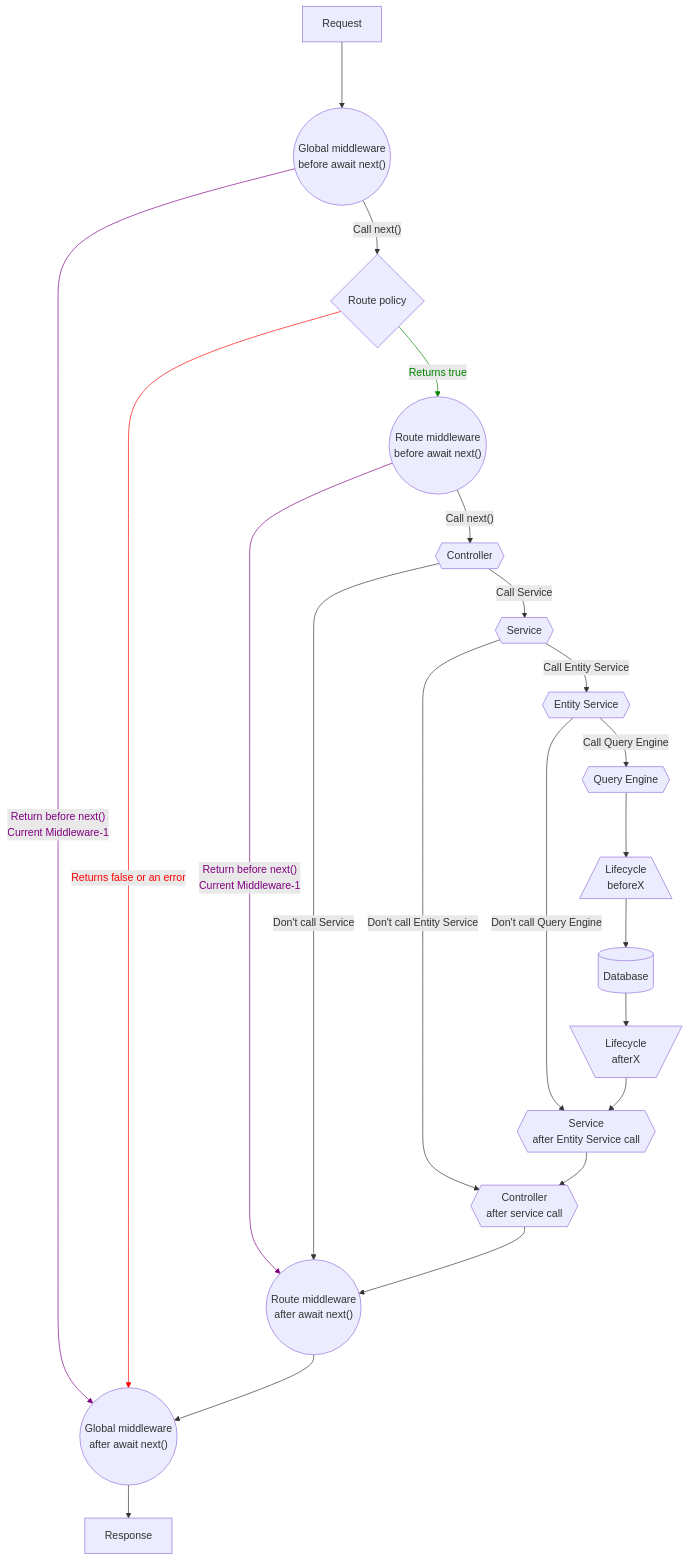
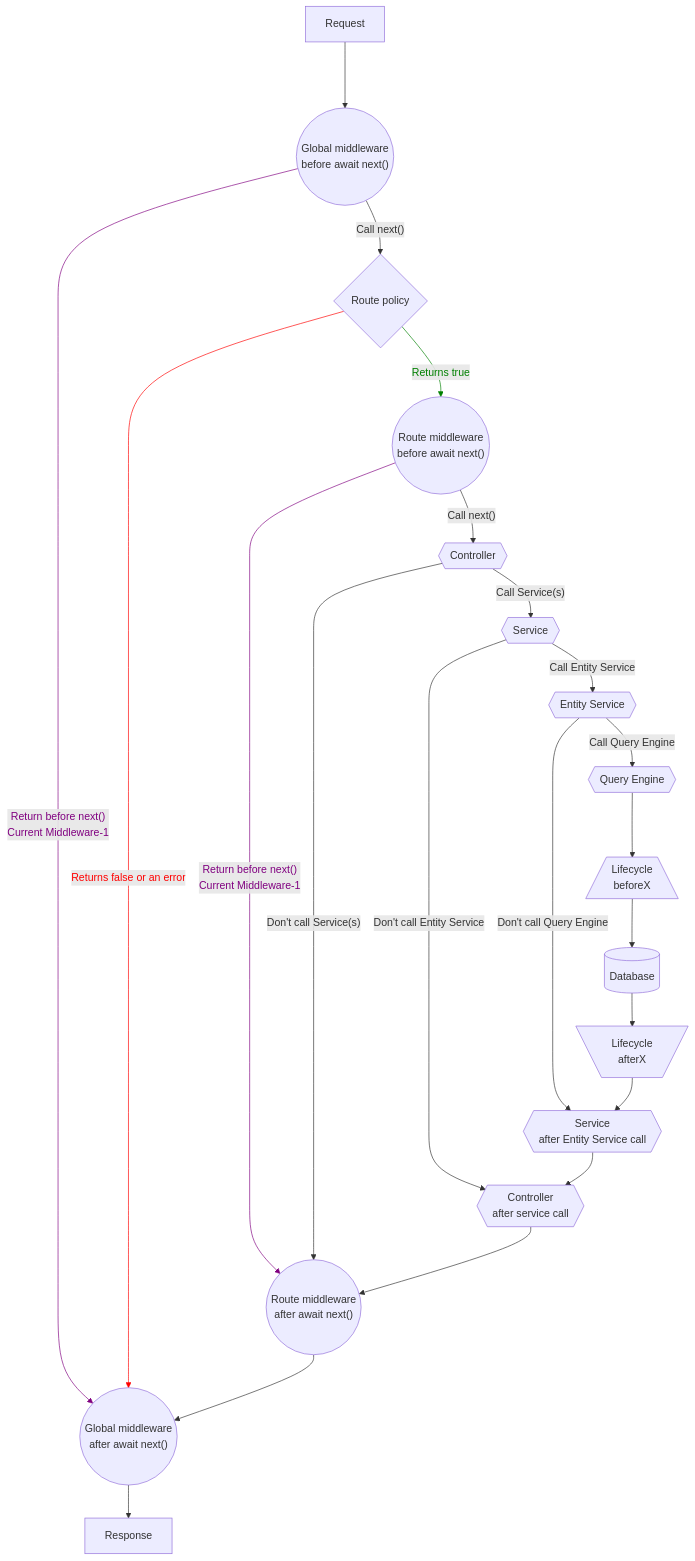
One commit to strapi/documentation changed the diagram in docusaurus/docs/dev-docs/backend-customization.md. Above: the diagram before and after it, drawn with Mermaid.

Commit message:
Fix diagram links and typos

````diff
--- a/docusaurus/docs/dev-docs/backend-customization.md
+++ b/docusaurus/docs/dev-docs/backend-customization.md
@@ -44,44 +44,44 @@
 ```mermaid
 graph TB
     request[Request] ---> globalMiddlewareA(("Global middleware<br/>before await next()"))
     globalMiddlewareA --"Call next()"--> routePolicy{Route policy}
     globalMiddlewareA --"Return before next()<br> Current Middleware-1"-->globalMiddlewareB
     routePolicy --Returns true--> routeMiddlewareA(("Route middleware<br/>before await next()"))
     routePolicy --Returns false or an error-->globalMiddlewareB
     routeMiddlewareA --"Return before next()<br> Current Middleware-1"-->routeMiddlewareB
     routeMiddlewareA --"Call next()"--> controllerA{{Controller}}
-    controllerA --"Call Service"--> serviceA{{Service}}
-    controllerA --"Don't call Service" --> routeMiddlewareB
+    controllerA --"Call Service(s)"--> serviceA{{Service}}
+    controllerA --"Don't call Service(s)" --> routeMiddlewareB
     serviceA --"Call Entity Service" --> entityService{{Entity Service}}
     serviceA --"Don't call Entity Service" --> controllerB
     entityService --"Call Query Engine"--> queryEngine{{Query Engine}}
     entityService --"Don't call Query Engine" --> serviceB
     queryEngine --> lifecyclesBefore[/Lifecycle<br> beforeX\] 
     lifecyclesBefore[/Lifecycle<br> beforeX\] --> database[(Database)]
     database --> lifecyclesAfter[\Lifecycle<br> afterX/]
     lifecyclesAfter --> serviceB{{"Service<br/>after Entity Service call"}}
     serviceB --> controllerB{{"Controller<br/>after service call"}}
     controllerB --> routeMiddlewareB(("Route middleware<br/>after await next()"))
     routeMiddlewareB --> globalMiddlewareB(("Global middleware<br/>after await next()"))
     globalMiddlewareB --> response[Response]
     linkStyle 3 stroke:green,color:green
     linkStyle 4 stroke:red,color:red
     linkStyle 2 stroke:purple,color:purple
     linkStyle 5 stroke:purple,color:purple
     click request "/dev-docs/backend-customization/requests-responses"
     click globalMiddlewareA "/dev-docs/backend-customization/middlewares"
     click globalMiddlewareB "/dev-docs/backend-customization/middlewares"
     click routePolicy "/dev-docs/backend-customization/routes"
-    click routeMiddlewareA "/dev-docs/backend-customization/routes#middlewares"
-    click routeMiddlewareB "/dev-docs/backend-customization/routes#middlewares"
+    click routeMiddlewareA "/dev-docs/backend-customization/routes"
+    click routeMiddlewareB "/dev-docs/backend-customization/routes"
     click controllerA "/dev-docs/backend-customization/controllers"
     click controllerB "/dev-docs/backend-customization/controllers"
     click serviceA "/dev-docs/backend-customization/services"
     click serviceB "/dev-docs/backend-customization/services"
     click entityService "/dev-docs/api/entity-service/"
     click lifecyclesBefore "/dev-docs/backend-customization/models#lifecycle-hooks"
     click queryEngine "/dev-docs/api/query-engine/"
     click lifecyclesAfter "/dev-docs/backend-customization/models#lifecycle-hooks"
     click response "/dev-docs/backend-customization/requests-responses"
     click queryEngine "/dev-docs/api/query-engine"
 ```
````
